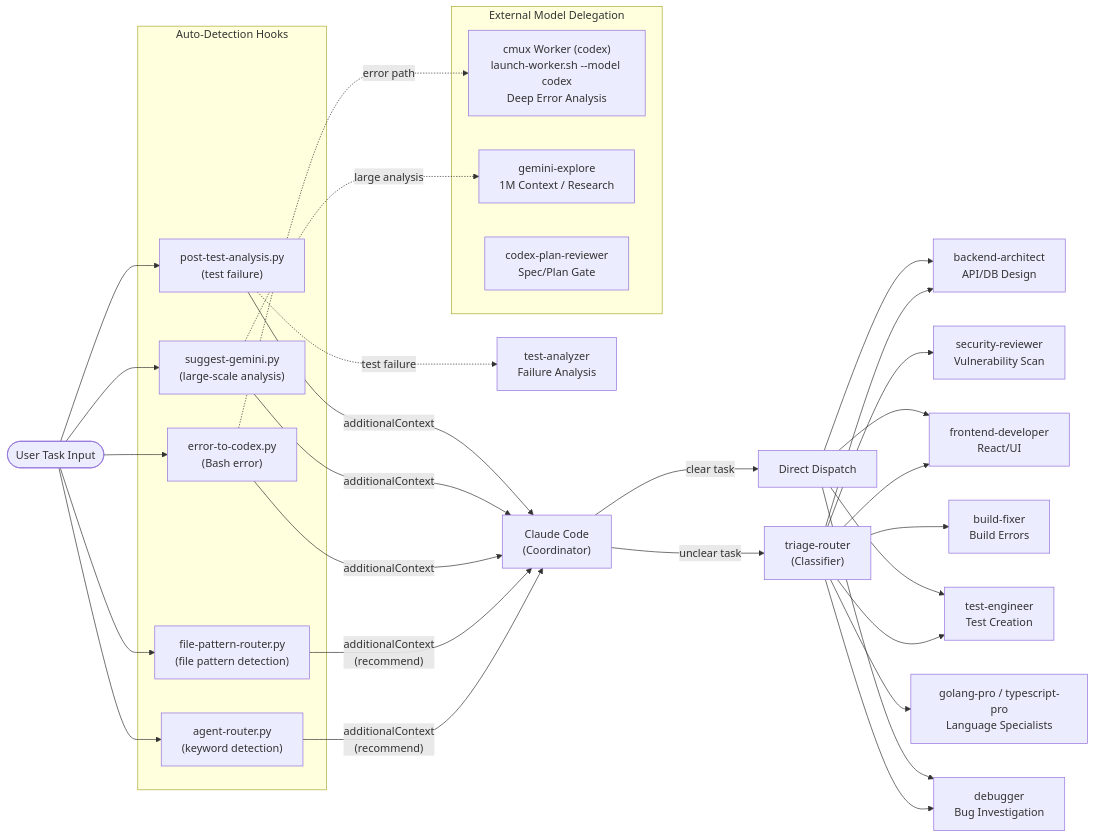
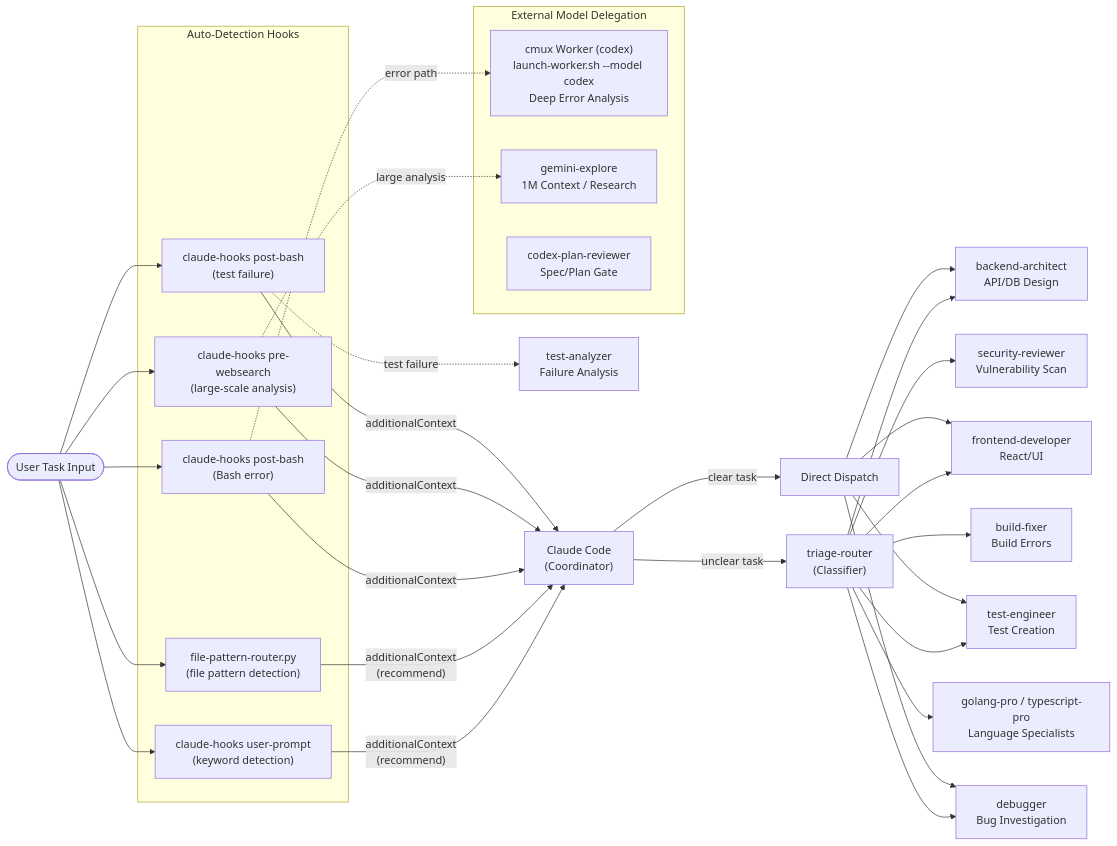
The diagram in .config/claude/references/diagrams/agent-routing.md (takeuchi-shogo/dotfiles), drawn with Mermaid before and after one commit. The commit also changed other lines of this file and 24 other files, not shown here.

````diff
--- a/.config/claude/references/diagrams/agent-routing.md
+++ b/.config/claude/references/diagrams/agent-routing.md
@@ -12,51 +12,51 @@
 ```mermaid
 flowchart LR
     INPUT(["User Task Input"])
 
     subgraph hooks ["Auto-Detection Hooks"]
-        AR["agent-router.py<br/>(keyword detection)"]
+        AR["claude-hooks user-prompt<br/>(keyword detection)"]
         FPR["file-pattern-router.py<br/>(file pattern detection)"]
-        ETC["error-to-codex.py<br/>(Bash error)"]
-        SG["suggest-gemini.py<br/>(large-scale analysis)"]
-        PTA["post-test-analysis.py<br/>(test failure)"]
+        ETC["claude-hooks post-bash<br/>(Bash error)"]
+        SG["claude-hooks pre-websearch<br/>(large-scale analysis)"]
+        PTA["claude-hooks post-bash<br/>(test failure)"]
     end
 
     INPUT --> AR
     INPUT --> FPR
     INPUT --> ETC
     INPUT --> SG
     INPUT --> PTA
 
     CC["Claude Code<br/>(Coordinator)"]
     AR -->|"additionalContext<br/>(recommend)"| CC
     FPR -->|"additionalContext<br/>(recommend)"| CC
     ETC -->|"additionalContext"| CC
     SG -->|"additionalContext"| CC
     PTA -->|"additionalContext"| CC
 
     CC -->|"unclear task"| TR["triage-router<br/>(Classifier)"]
     CC -->|"clear task"| DIRECT["Direct Dispatch"]
 
     TR --> ARCH["backend-architect<br/>API/DB Design"]
     TR --> FE["frontend-developer<br/>React/UI"]
     TR --> TE["test-engineer<br/>Test Creation"]
     TR --> DBG["debugger<br/>Bug Investigation"]
     TR --> SEC["security-reviewer<br/>Vulnerability Scan"]
     TR --> BF["build-fixer<br/>Build Errors"]
     TR --> LANG["golang-pro / typescript-pro<br/>Language Specialists"]
 
     DIRECT --> ARCH
     DIRECT --> FE
     DIRECT --> TE
     DIRECT --> DBG
 
     ETC -.->|"error path"| CDXD["cmux Worker (codex)<br/>launch-worker.sh --model codex<br/>Deep Error Analysis"]
     SG -.->|"large analysis"| GEM["gemini-explore<br/>1M Context / Research"]
     PTA -.->|"test failure"| TA["test-analyzer<br/>Failure Analysis"]
 
     subgraph external ["External Model Delegation"]
         CDXD
         CDXR["codex-plan-reviewer<br/>Spec/Plan Gate"]
         GEM
     end
 ```
````
